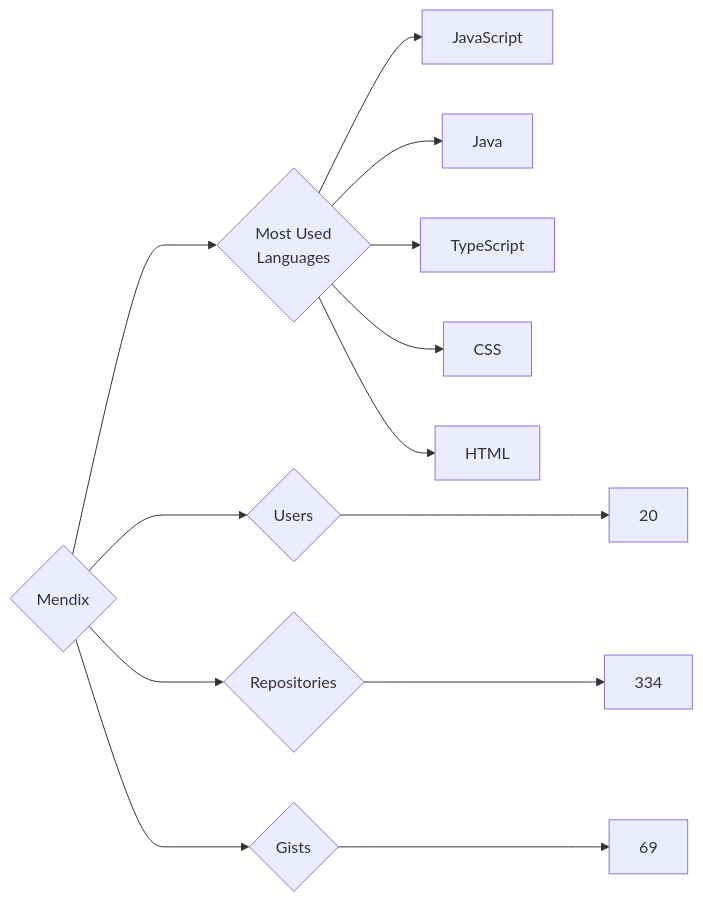
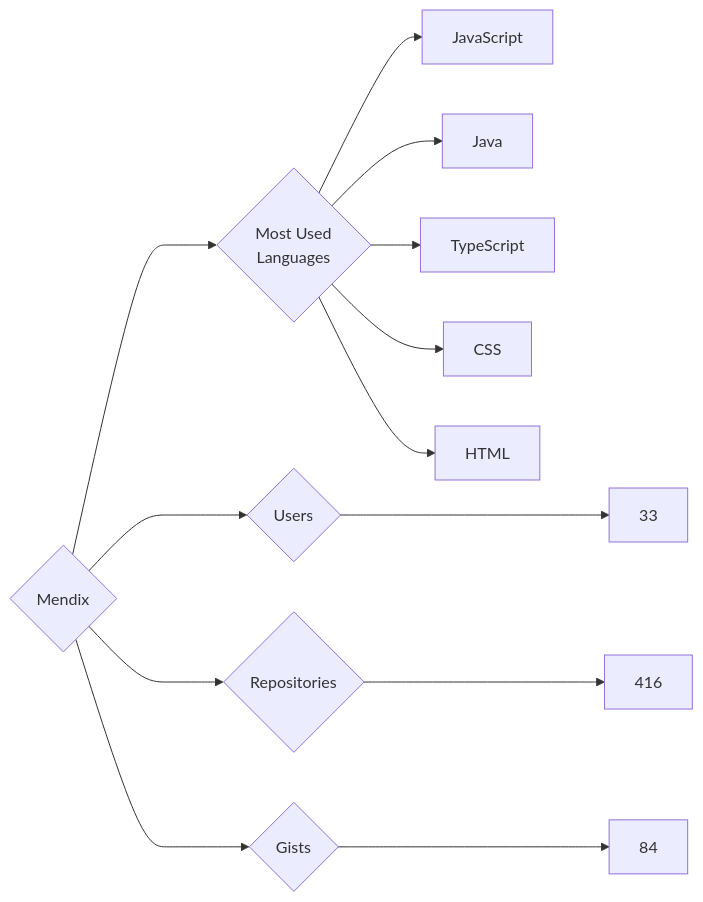
Before and after one commit to trickest/insiders: the diagram in targets/Mendix/README.md, drawn with Mermaid. The commit also changed 797 other files, not shown here.

````diff
--- a/targets/Mendix/README.md
+++ b/targets/Mendix/README.md
@@ -3,13 +3,13 @@
 ```mermaid
 graph LR
 COMPANY_NAME{Mendix}
-COMPANY_NAME ---> U{Users} ---> UN[20]
-COMPANY_NAME ---> R{Repositories} ---> RN[334]
-COMPANY_NAME ---> G{Gists} ---> GN[69]
+COMPANY_NAME ---> U{Users} ---> UN[33]
+COMPANY_NAME ---> R{Repositories} ---> RN[416]
+COMPANY_NAME ---> G{Gists} ---> GN[84]
 COMPANY_NAME ---> ML{Most Used<br>Languages}
 ML --> JavaScript[JavaScript]
 ML --> Java[Java]
 ML --> TypeScript[TypeScript]
 ML --> CSS[CSS]
 ML --> HTML[HTML]
 ```
````
